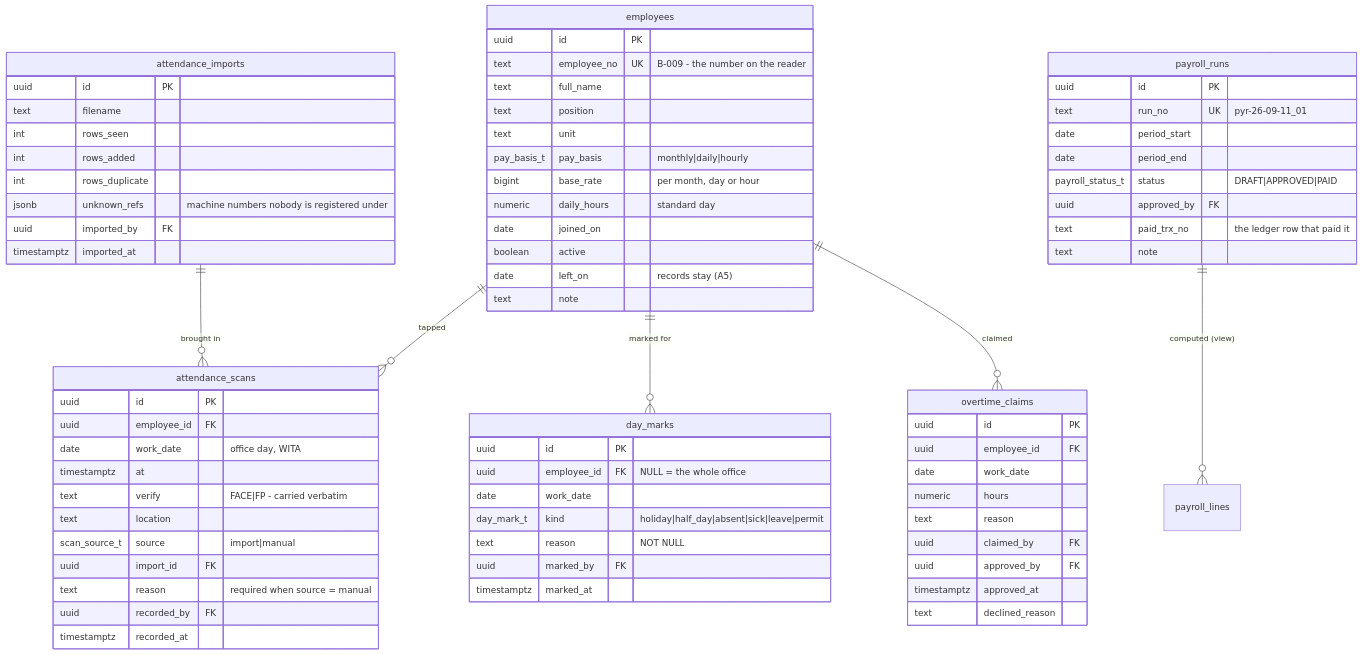
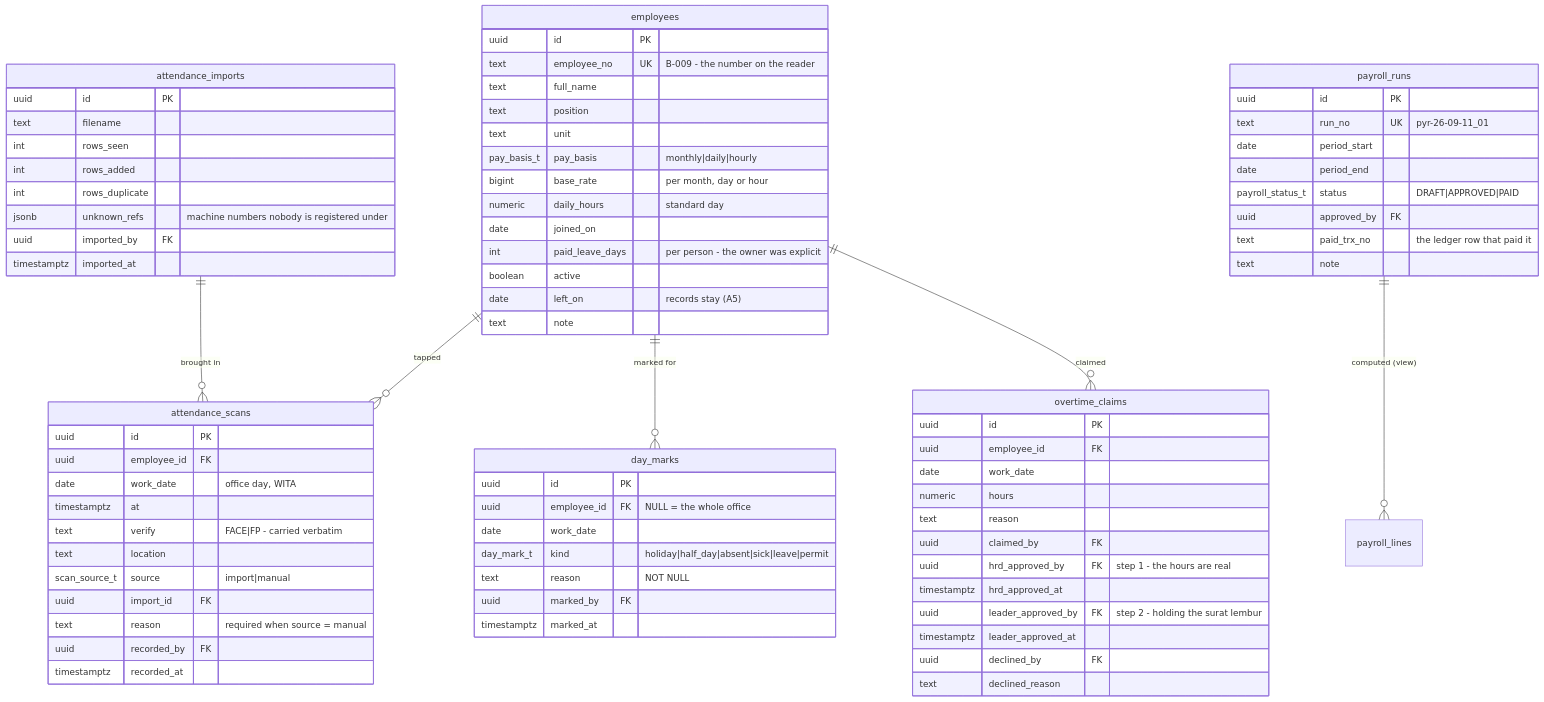
Before and after one commit to talait/ops-talaliving: the sixth of 6 diagrams in docs/plan/02-database.md, drawn with Mermaid. The commit also changed other lines of this file and 23 other files, not shown here.

````diff
--- a/docs/plan/02-database.md
+++ b/docs/plan/02-database.md
@@ -1142,76 +1142,80 @@
 ```mermaid
 erDiagram
     employees ||--o{ attendance_scans : "tapped"
     employees ||--o{ day_marks : "marked for"
     employees ||--o{ overtime_claims : "claimed"
     attendance_imports ||--o{ attendance_scans : "brought in"
     payroll_runs ||--o{ payroll_lines : "computed (view)"
 
     employees {
         uuid id PK
         text employee_no UK "B-009 - the number on the reader"
         text full_name
         text position
         text unit
         pay_basis_t pay_basis "monthly|daily|hourly"
         bigint base_rate "per month, day or hour"
         numeric daily_hours "standard day"
         date joined_on
+        int paid_leave_days "per person - the owner was explicit"
         boolean active
         date left_on "records stay (A5)"
         text note
     }
     attendance_imports {
         uuid id PK
         text filename
         int rows_seen
         int rows_added
         int rows_duplicate
         jsonb unknown_refs "machine numbers nobody is registered under"
         uuid imported_by FK
         timestamptz imported_at
     }
     attendance_scans {
         uuid id PK
         uuid employee_id FK
         date work_date "office day, WITA"
         timestamptz at
         text verify "FACE|FP - carried verbatim"
         text location
         scan_source_t source "import|manual"
         uuid import_id FK
         text reason "required when source = manual"
         uuid recorded_by FK
         timestamptz recorded_at
     }
     day_marks {
         uuid id PK
         uuid employee_id FK "NULL = the whole office"
         date work_date
         day_mark_t kind "holiday|half_day|absent|sick|leave|permit"
         text reason "NOT NULL"
         uuid marked_by FK
         timestamptz marked_at
     }
     overtime_claims {
         uuid id PK
         uuid employee_id FK
         date work_date
         numeric hours
         text reason
         uuid claimed_by FK
-        uuid approved_by FK
-        timestamptz approved_at
+        uuid hrd_approved_by FK "step 1 - the hours are real"
+        timestamptz hrd_approved_at
+        uuid leader_approved_by FK "step 2 - holding the surat lembur"
+        timestamptz leader_approved_at
+        uuid declined_by FK
         text declined_reason
     }
     payroll_runs {
         uuid id PK
         text run_no UK "pyr-26-09-11_01"
         date period_start
         date period_end
         payroll_status_t status "DRAFT|APPROVED|PAID"
         uuid approved_by FK
         text paid_trx_no "the ledger row that paid it"
         text note
     }
 ```
````
